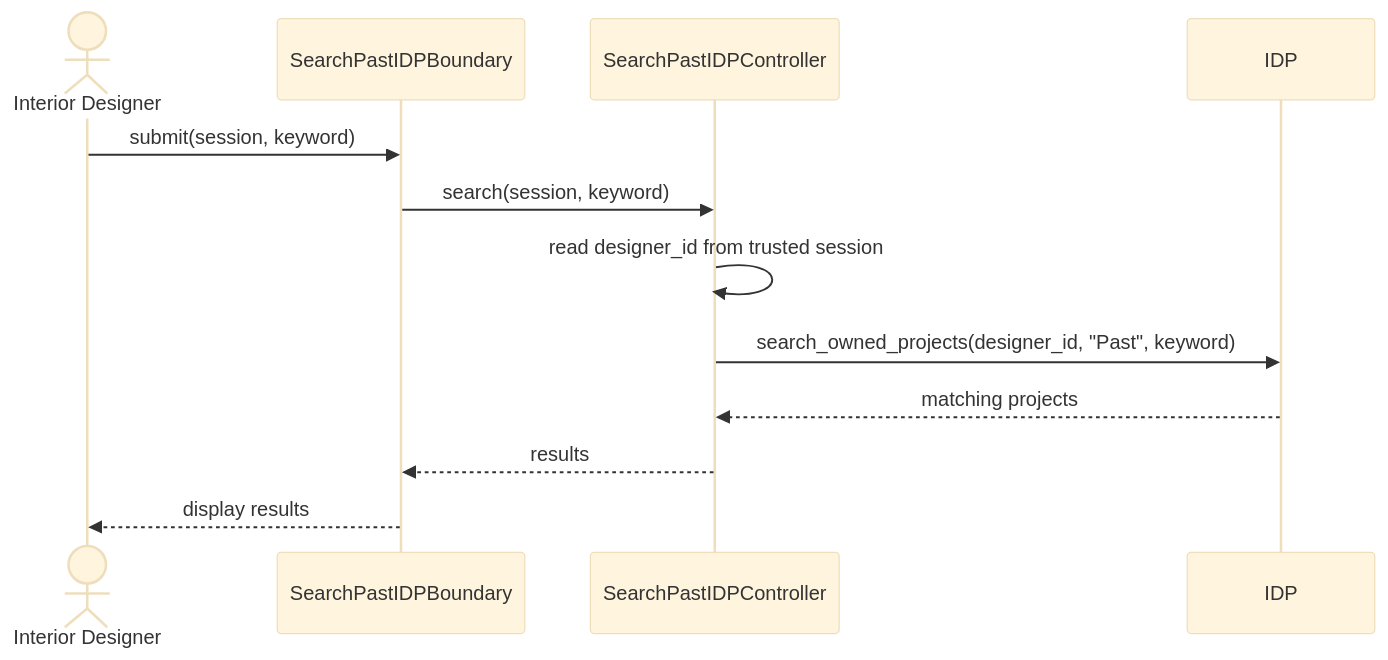
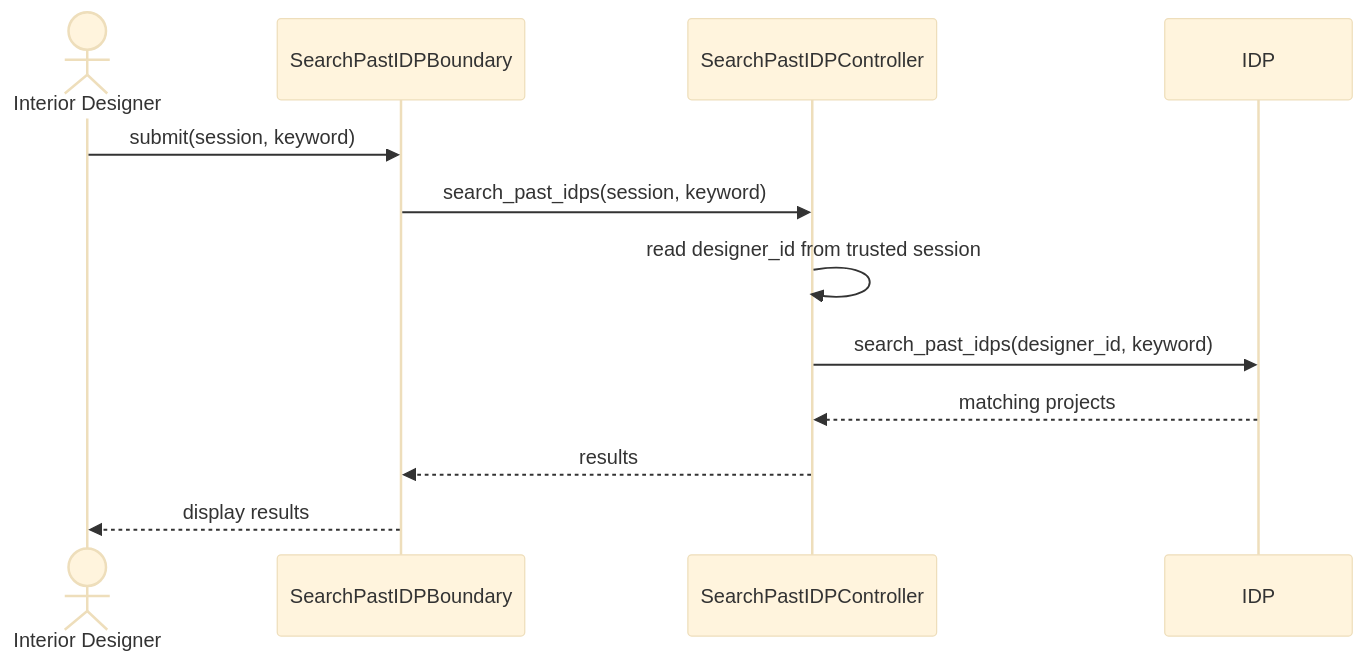
Before and after one commit to boyinapuddle/CSIT314-Chinese: the diagram in diagrams/US29_Search_Past_IDPs/Sequence.mmd, drawn with Mermaid (base theme). The commit also changed 140 other files, not shown here.

```diff
--- a/diagrams/US29_Search_Past_IDPs/Sequence.mmd
+++ b/diagrams/US29_Search_Past_IDPs/Sequence.mmd
@@ -1,12 +1,12 @@
 sequenceDiagram
     actor P0 as Interior Designer
     participant P1 as SearchPastIDPBoundary
     participant P2 as SearchPastIDPController
     participant P3 as IDP
     P0->>P1: submit(session, keyword)
-    P1->>P2: search(session, keyword)
+    P1->>P2: search_past_idps(session, keyword)
     P2->>P2: read designer_id from trusted session
-    P2->>P3: search_owned_projects(designer_id, "Past", keyword)
+    P2->>P3: search_past_idps(designer_id, keyword)
     P3-->>P2: matching projects
     P2-->>P1: results
     P1-->>P0: display results
```
